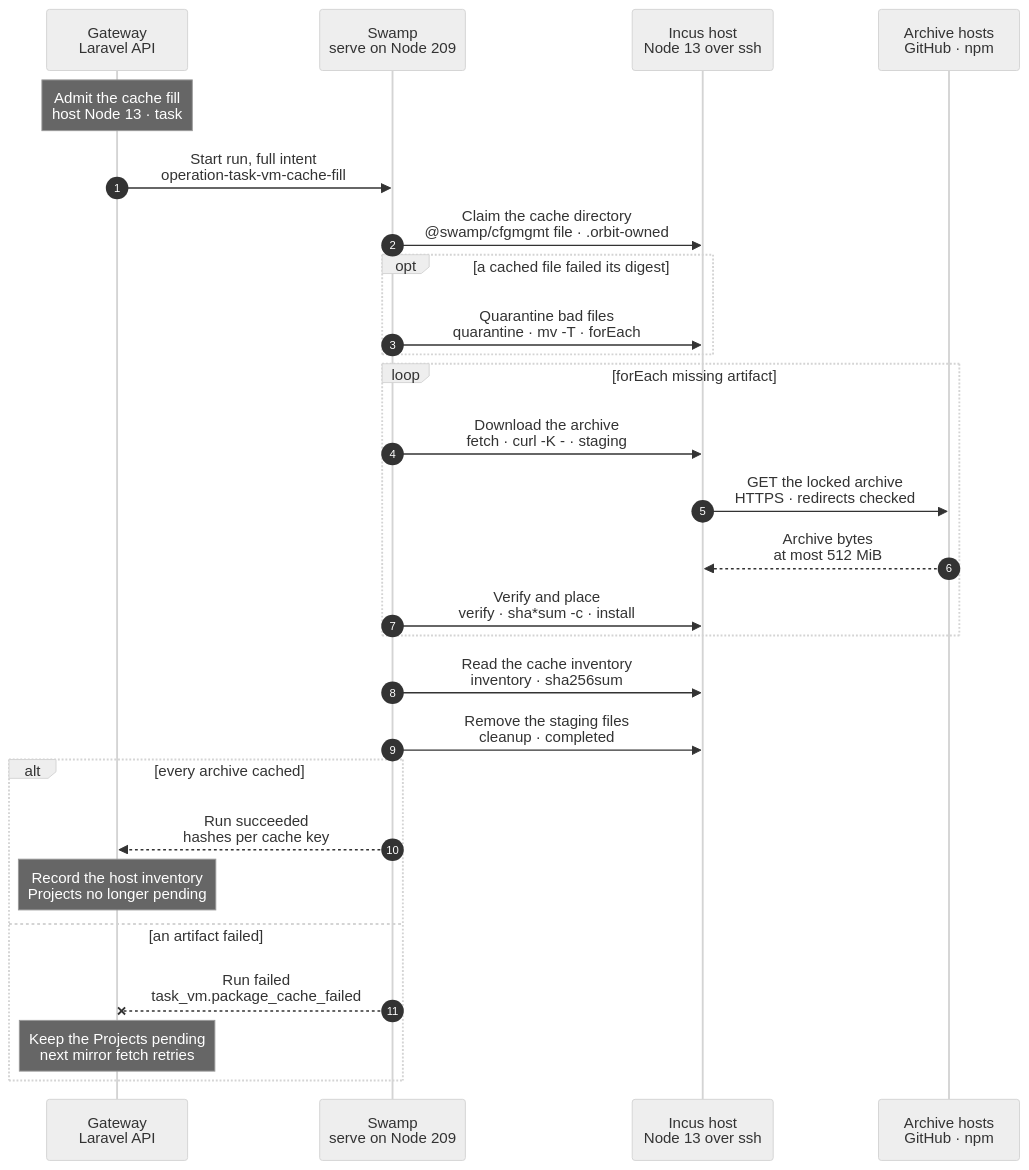
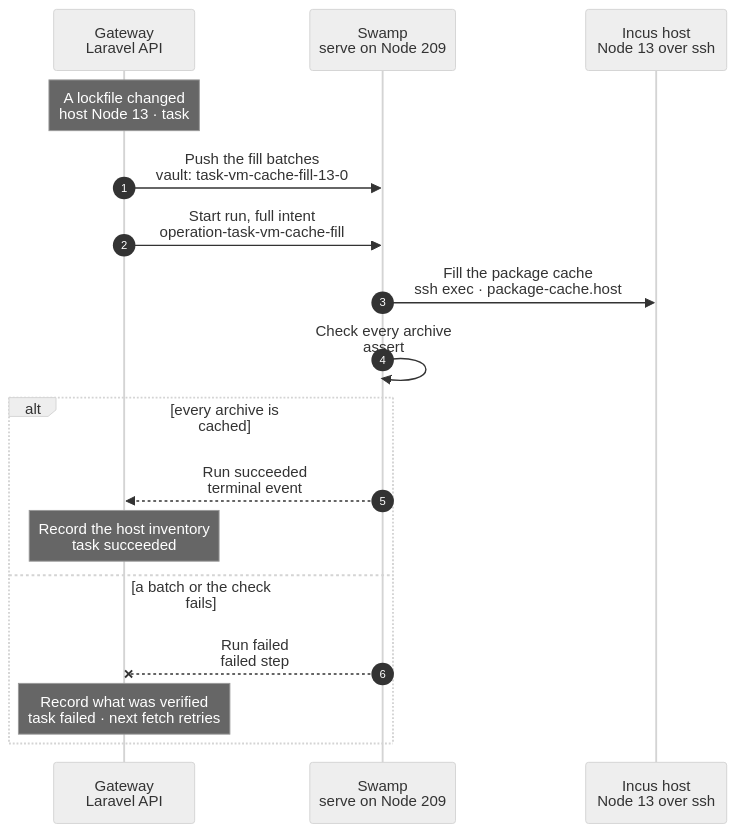
One commit to hardimpactdev/orbit changed the diagram in docs/cli/tasks/vm-cache-fill.mmd. Above: the diagram before and after it, drawn with Mermaid (neutral theme).

Commit message:
docs(task-vms): fill_package_cache chart, tightened
The draft chart fetched every archive with its own curl, checksum and
install steps. The pinned agent's package-cache.host already checks
archive identity, follows only approved redirects, enforces the byte
budget and writes the cache and its inventory atomically. One pinned
@swamp/ssh exec per batch replaces the claim, quarantine, download,
verify, place, inventory and cleanup steps; a native assert over the
batch replies is the end check.

```diff
--- a/docs/cli/tasks/vm-cache-fill.mmd
+++ b/docs/cli/tasks/vm-cache-fill.mmd
@@ -1,81 +1,75 @@
 sequenceDiagram
-  %% Target design: swamp/workflows/workflow-operation-task-vm-cache-fill.yaml, docs/reference/compute-drivers.md#shared-package-cache, docs/cli/README.md design rules R2-R4 (GitHub token minted at admission, vault key names only).
-  %% Tightened: flow-tighten 2026-11-02, rules 4 (no Gateway read, private-material callback or per-batch projection from a step), 5 and 16 (admission sends only artifacts missing from the recorded inventory; no `.inventory.json` read), 15 (validation and batching move to admission), 18 (one forEach per artifact, in parallel), 9 (one inventory read as the end check), 19 (staging cleanup on completed), 22 (cfgmgmt `file` for the directory, `@swamp/ssh exec` argv for curl, sha check and install; no host-local TypeScript worker).
+  %% Target design: docs/reference/compute-drivers.md#shared-package-cache, ADR 0207, Recall single-swamp-node + task-vms-swamp-via-ssh, docs/cli/README.md design rules R2-R4 (token minted by the Gateway, vault key names only).
+  %% Tightened: flow-tighten 2026-11-02 (second pass), rules 3 (the pinned agent's package-cache.host already validates, downloads with checked redirects, enforces the budget and writes atomically), 6 (claim, quarantine, download, verify, place and inventory are one action), 11 (one behavior per host and batch, not per artifact), 18 (batches run one at a time: the agent locks the cache), 9 and 14 (a native assert over the batch replies is the end check; no inventory read or report step), 19 (no staging cleanup: the agent removes its own temporary files), 22 (one pinned `@swamp/ssh exec` argv per batch; no curl or script steps).
   %% status: draft
   %% command: none · package cache fill after a lockfile change
   %% kind: task_vm.fill_package_cache
   autonumber
   %% lane GW icon=gateway pill=intent tone=blue
   %% lane SW icon=workflow pill=executes tone=green
   %% lane H icon=server pill=target tone=amber
-  %% lane A icon=server pill=target tone=purple
   participant GW as Gateway<br/>Laravel API
   participant SW as Swamp<br/>serve on Node 209
   participant H as Incus host<br/>Node 13 over ssh
-  participant A as Archive hosts<br/>GitHub · npm
-  Note over GW: Admit the cache fill<br/>host Node 13 · task #5182
-  %%> Started by:
-  %%> - the `builds` queue, after a default-branch lockfile change in a Project's Git mirror; pending fills coalesce per host
+  Note over GW: A lockfile changed<br/>host Node 13 · task #5182
+  %%> When:
+  %%> - the Gateway Git mirror sees a new default-branch commit whose lock blobs differ from the Project's snapshot
+  %%> - it records the new inventory and queues one fill per configured task VM host, such as Node 13
   %%> Requirements:
-  %%> - Node 13 is an active task VM host; no other fill of its cache is open, else the open one is returned
+  %%> - Node 13 is an active, configured task VM host with a recorded SSH host key
+  %%> - no other fill runs for Node 13; a second request returns the running task
+  %%> - every cache key fits its 1,024-byte limit, and the inventory fits 8 batches of 4,096 archives
+  %%> Result:
+  %%> - task #5182 recorded with the archives, the integrity conflicts and the byte budget
+  %%> - nothing has happened on Node 13 yet
+  GW->>SW: Push the fill batches<br/>vault: task-vm-cache-fill-13-0
   %%> What it does:
-  %%> - validates each archive URL, cache key and integrity, drops integrity conflicts, and keeps only artifacts the recorded inventory of Node 13 lacks or holds with a bad digest
-  %%> - mints a GitHub App installation token with only `metadata: read` and copies it to the vault as `task-vm-package-cache-github-13`
+  %%> - at the run start, splits the archives into batches of at most 4,096
+  %%> - writes each batch as one agent request into the Swamp vault
+  %%> Why:
+  %%> - a batch holds the GitHub installation token for Composer downloads; it is minted here and goes Gateway → vault → step
+  %%> - one batch stays below the agent's 4 MiB request limit
   GW->>SW: Start run, full intent<br/>operation-task-vm-cache-fill
+  %%> What it does:
+  %%> - starts one Swamp run on serve (Node 209)
   %%> Inputs:
-  %%> - `operation_id`, `node_id` 13, `kind`, the artifact list (manager, URL, integrity, cache key, artifact id), the byte budget, and the SSH target with host keys
-  %%> - the vault key name `task-vm-package-cache-github-13`, never the token
-  %%> Runs as:
-  %%> - every step on 209 over official `@swamp/ssh`; Node 13 needs no Swamp worker (R4)
-  SW->>H: Claim the cache directory<br/>@swamp/cfgmgmt file · .orbit-owned
+  %%> - Node 13's address, user and SSH host key; the SSH identity comes from the `swamp` role
+  %%> - the batch numbers, the integrity conflicts, and the vault key name of each batch, never its content
+  SW->>H: Fill the package cache<br/>ssh exec · package-cache.host
+  %%> How:
+  %%> - Swamp reaches Node 13 over SSH from 209 with the pinned host key
+  %%> - one argv per batch: `timeout 1530 sudo -n -- orbit-agent command package-cache.host`, with the batch on stdin
+  %%> - batches run one after another; the agent holds one lock on the cache
   %%> What it does:
-  %%> - `@swamp/cfgmgmt file` ensures `/var/lib/orbit/package-cache` (root, `0755`) and its `.orbit-owned` marker; its check refuses a symlink or a foreign owner
-  %%> Refuses:
-  %%> - a non-empty directory without the marker: `task_vm.package_cache_failed`
-  opt a cached file failed its digest
-    SW->>H: Quarantine bad files<br/>quarantine · mv -T · forEach
-    %%> What it does:
-    %%> - moves each file whose bytes no longer match the recorded digest into `quarantine/`; quarantine bytes count toward the budget
+  %%> - checks each archive identity, downloads approved HTTPS URLs, checks lockfile integrity and the byte budget
+  %%> - writes each verified archive and the inventory under `/var/lib/orbit/package-cache`
+  %%> - skips archives that are already cached and verified, so a rerun only adds what is missing
+  %%> Returns:
+  %%> - per batch, the SHA-256 of each cached archive and a short public reason for each refused one
+  SW->>SW: Check every archive<br/>assert
+  %%> What it does:
+  %%> - Swamp's native assert reads every batch reply
+  %%> - it passes only when every reply is `ok`, no archive was refused, and the admission found no integrity conflict
+  alt every archive is cached
+    SW-->>GW: Run succeeded<br/>terminal event
+    %%> How the Gateway learns it:
+    %%> - its shared run reader sees the terminal event and reads the run once; Swamp never calls the Gateway
+    Note over GW: Record the host inventory<br/>task succeeded
+    %%> Result:
+    %%> - each Project whose snapshot is unchanged gets its verified archives on Node 13
+    %%> - a Project stops being pending when every host holds all its archives
+    %%> - task #5182 succeeds
+  else a batch or the check fails
+    SW--xGW: Run failed<br/>failed step
+    %%> When:
+    %%> - an archive was refused or conflicts, SSH fails, or a batch exceeds its time
+    Note over GW: Record what was verified<br/>task failed · next fetch retries
+    %%> Result:
+    %%> - archives from batch replies that arrived are recorded, so verified archives stay usable
+    %%> - each refused archive is logged with its cache key and Node 13
+    %%> - task #5182 fails with `task_vm.package_cache_failed`
+    %%> On the Node:
+    %%> - verified archives stay; there is no rollback
+    %%> Retry:
+    %%> - the next mirror fetch queues a new fill while a Project is pending
   end
-  loop forEach missing artifact
-    SW->>H: Download the archive<br/>fetch · curl -K - · staging
-    %%> How:
-    %%> - one `@swamp/ssh exec` argv: `curl --fail --proto =https --max-filesize 512M -K -` into a private staging file
-    %%> - for GitHub URLs the `Authorization` header arrives on stdin from `vault.get`; it never enters argv, environment, files or results; npm gets no token
-    %%> Runs as:
-    %%> - one behavior per artifact, `package-cache-13-<artifact id>`, so downloads run in parallel without one lock (rule 18)
-    H->>A: GET the locked archive<br/>HTTPS · redirects checked
-    %%> Allowed:
-    %%> - public npm registry tarballs and GitHub commit archives through the API or codeload; a GitHub redirect must keep the locked commit
-    A-->>H: Archive bytes<br/>at most 512 MiB
-    %%> Result:
-    %%> - the bytes land in the staging file only
-    SW->>H: Verify and place<br/>verify · sha*sum -c · install
-    %%> How:
-    %%> - `sha512sum --check` (or `sha1sum`, `sha256sum`) with the lockfile digest on stdin exits non-zero on a mismatch
-    %%> - `install -D -m 0644` moves the archive to its cache key; Composer archives without a checksum record their SHA-256 on first fill
-    %%> On failure:
-    %%> - this artifact fails; the other artifacts continue
-  end
-  SW->>H: Read the cache inventory<br/>inventory · sha256sum
-  %%> End check:
-  %%> - one `sha256sum` of every admitted cache key, run with the condition `completed` so it also follows failed artifacts
-  %%> - the native `assert` passes only when every admitted key is present (rule 9)
-  %%> Returns:
-  %%> - the verified hashes the Gateway records
-  SW->>H: Remove the staging files<br/>cleanup · completed
-  %%> When:
-  %%> - always, with the condition `completed` (rule 19); best effort
-  alt every archive cached
-    SW-->>GW: Run succeeded<br/>hashes per cache key
-    Note over GW: Record the host inventory<br/>Projects no longer pending
-    %%> Result:
-    %%> - the inventory rows for Node 13 hold each archive's SHA-256; new workspaces seed from them
-  else an artifact failed
-    SW--xGW: Run failed<br/>task_vm.package_cache_failed
-    %%> Result:
-    %%> - the Gateway records the archives that the inventory read verified; each failed key is logged with Node 13
-    Note over GW: Keep the Projects pending<br/>next mirror fetch retries
-    %%> Result:
-    %%> - a full cache also lands here; workspaces download misses privately
-  end
```
